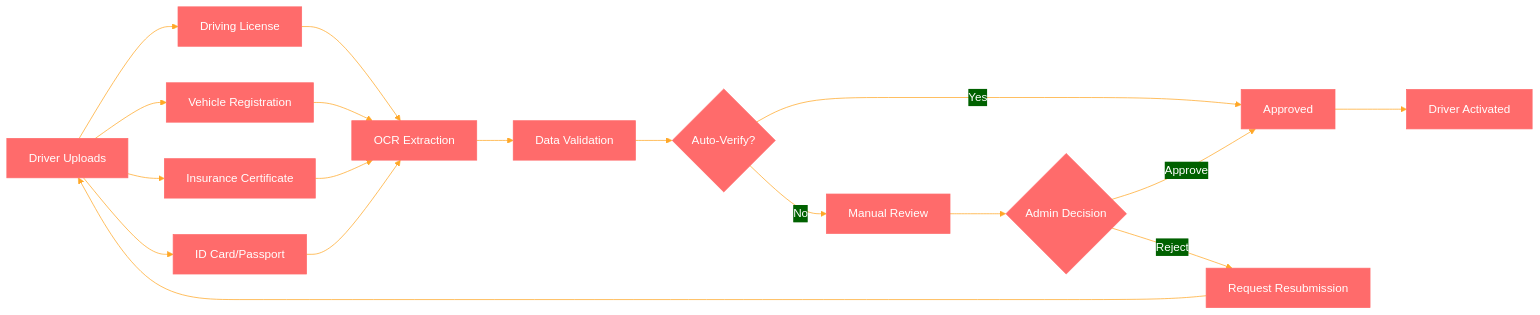
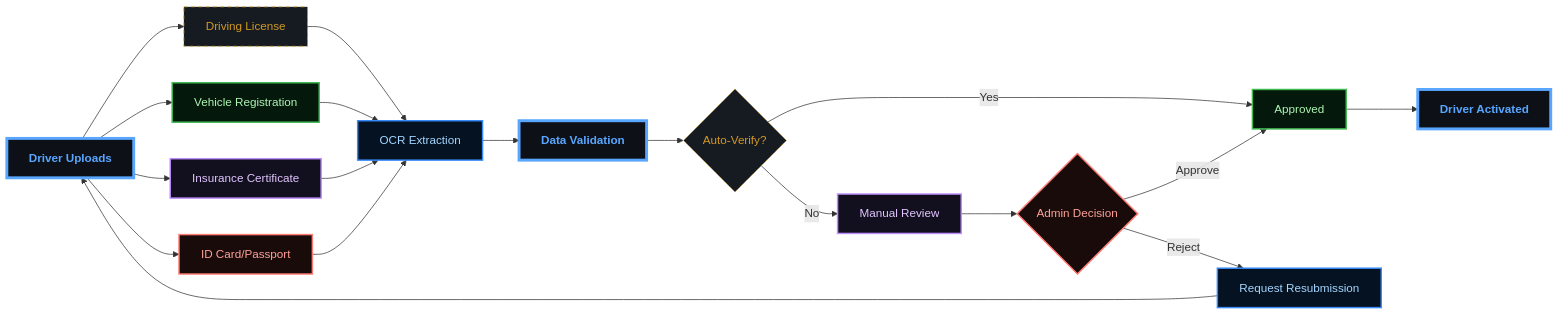
The seventh of 17 diagrams in docs/BUSINESS_PROCESSES.md (abdoElHodaky/transportapp), drawn with Mermaid before and after one commit. The commit also changed other lines of this file and 9 other files, not shown here.

````diff
--- a/docs/BUSINESS_PROCESSES.md
+++ b/docs/BUSINESS_PROCESSES.md
@@ -172,26 +365,62 @@
 ```mermaid
-%%{init: {'theme':'base', 'themeVariables': {'primaryColor':'#ff6b6b','primaryTextColor':'#fff','primaryBorderColor':'#ff6b6b','lineColor':'#ffa726','sectionBkgColor':'#ff6b6b','altSectionBkgColor':'#fff','gridColor':'#fff','secondaryColor':'#006100','tertiaryColor':'#fff'}}}%%
 flowchart LR
     A[Driver Uploads] --> B[Driving License]
     A --> C[Vehicle Registration]
     A --> D[Insurance Certificate]
     A --> E[ID Card/Passport]
     
     B --> F[OCR Extraction]
     C --> F
     D --> F
     E --> F
     
     F --> G[Data Validation]
     G --> H{Auto-Verify?}
     
     H -->|Yes| I[Approved]
     H -->|No| J[Manual Review]
     
     J --> K{Admin Decision}
     K -->|Approve| I
     K -->|Reject| L[Request Resubmission]
     
     I --> M[Driver Activated]
     L --> A
+
+    %% --- DARK GRADIENT & GLOW STYLING ---
+    
+    %% Main Dashboard (Neon Cyan/Blue)
+    classDef main fill:#0d1117,stroke:#58a6ff,stroke-width:4px,color:#58a6ff,font-weight:bold;
+    
+    %% Decision Diamond (Gold Glow)
+    classDef decision fill:#161b22,stroke:#d29922,color:#d29922,stroke-dasharray: 5 5;
+    
+    %% Revenue (Emerald Gradient Style)
+    classDef revNode fill:#04190b,stroke:#3fb950,color:#aff5b4,stroke-width:2px;
+    
+    %% Commission (Purple Gradient Style)
+    classDef commNode fill:#12101e,stroke:#bc8cff,color:#e2c5ff,stroke-width:2px;
+    
+    %% Refund (Ruby Gradient Style)
+    classDef refNode fill:#1a0b0b,stroke:#ff7b72,color:#ffa198,stroke-width:2px;
+    
+    %% Earnings (Sapphire Gradient Style)
+    classDef earnNode fill:#051221,stroke:#388bfd,color:#a5d6ff,stroke-width:2px;
+
+    class A main;
+    class B decision;
+    class C revNode;
+    class D commNode;
+    class E refNode;
+    class F earnNode;
+    class G main;
+    class H decision;
+    class I revNode;
+    class J commNode;
+    class K refNode;
+    class L earnNode;
+    class M main;
+    class N decision;
+    class R revNode;
+    class Y commNode;
 ```
````
